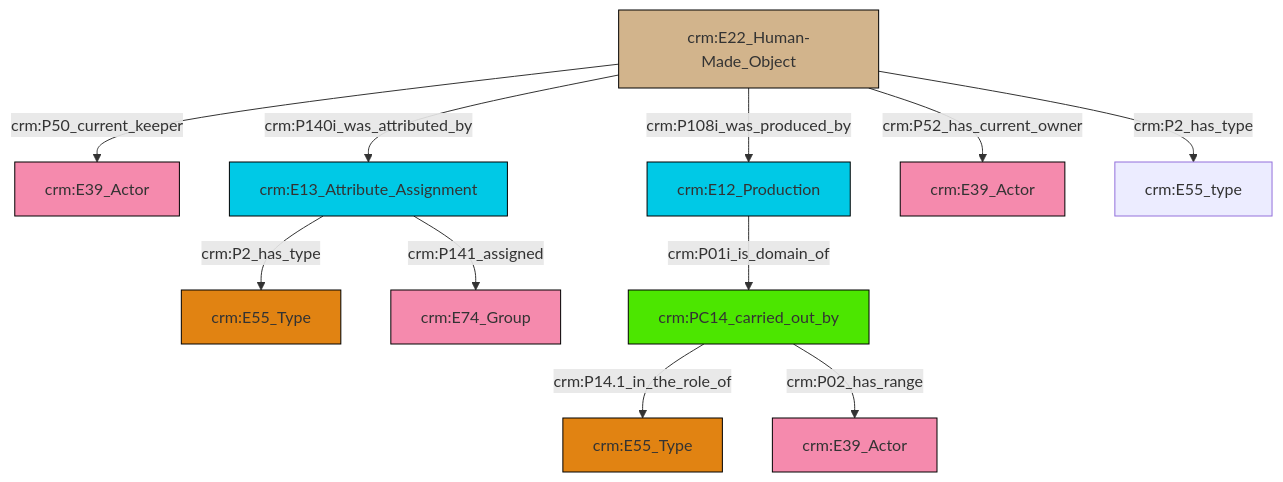
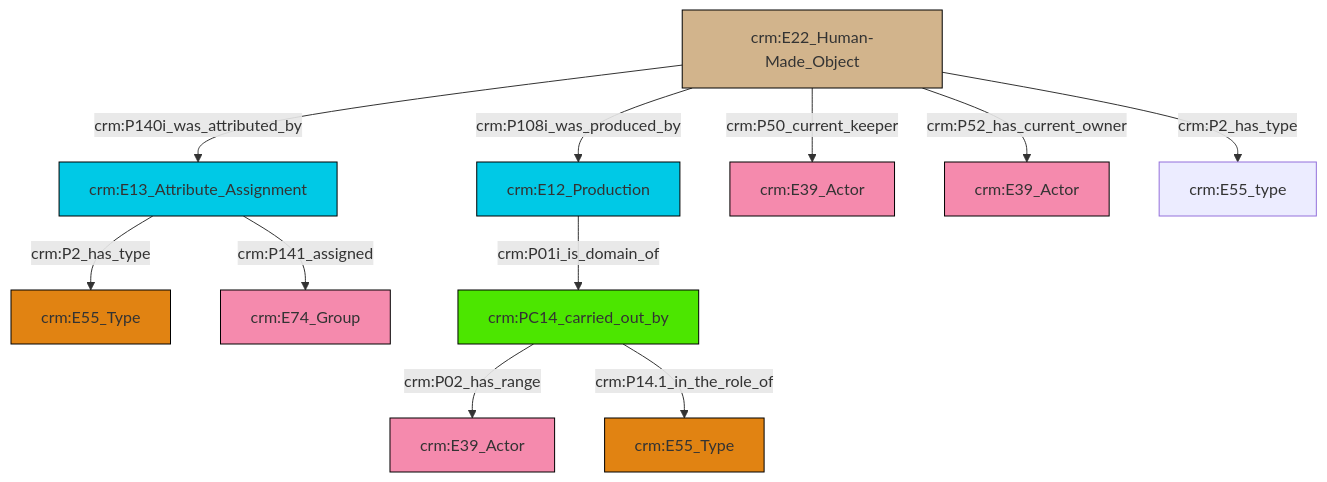
One commit to swiss-art-research-net/reference-data-models changed the diagram in et/artworkCSV/ttl/mmd/Artwork_Actor_Relations.ttl.mmd. Above: the diagram before and after it, drawn with Mermaid. The commit also changed 121 other files, not shown here.

```diff
--- a/et/artworkCSV/ttl/mmd/Artwork_Actor_Relations.ttl.mmd
+++ b/et/artworkCSV/ttl/mmd/Artwork_Actor_Relations.ttl.mmd
@@ -1,25 +1,25 @@
 graph TD
 classDef Literal fill:#f2f2f2,stroke:#000000;
 classDef CRM_Entity fill:#FFFFFF,stroke:#000000;
 classDef Temporal_Entity fill:#00C9E6, stroke:#000000;
 classDef Type fill:#E18312, stroke:#000000;
 classDef Time-Span fill:#2C9C91, stroke:#000000;
 classDef Appellation fill:#FFEB7F, stroke:#000000;
 classDef Place fill:#008836, stroke:#000000;
 classDef Persistent_Item fill:#B266B2, stroke:#000000;
 classDef Conceptual_Object fill:#FFD700, stroke:#000000;
 classDef Physical_Thing fill:#D2B48C, stroke:#000000;
 classDef Actor fill:#f58aad, stroke:#000000;
 classDef PC_Classes fill:#4ce600, stroke:#000000;
 classDef Multi fill:#cccccc,stroke:#000000;
 
-4["crm:E22_Human-Made_Object"]:::Physical_Thing -->|crm:P50_current_keeper| 0["crm:E39_Actor"]:::Actor
-2["crm:E13_Attribute_Assignment"]:::Temporal_Entity -->|crm:P2_has_type| 5["crm:E55_Type"]:::Type
-4["crm:E22_Human-Made_Object"]:::Physical_Thing -->|crm:P108i_was_produced_by| 7["crm:E12_Production"]:::Temporal_Entity
-13["crm:PC14_carried_out_by"]:::PC_Classes -->|crm:P14.1_in_the_role_of| 14["crm:E55_Type"]:::Type
-4["crm:E22_Human-Made_Object"]:::Physical_Thing -->|crm:P2_has_type| 18["crm:E55_type"]:::Default
-7["crm:E12_Production"]:::Temporal_Entity -->|crm:P01i_is_domain_of| 13["crm:PC14_carried_out_by"]:::PC_Classes
-13["crm:PC14_carried_out_by"]:::PC_Classes -->|crm:P02_has_range| 15["crm:E39_Actor"]:::Actor
-2["crm:E13_Attribute_Assignment"]:::Temporal_Entity -->|crm:P141_assigned| 10["crm:E74_Group"]:::Actor
-4["crm:E22_Human-Made_Object"]:::Physical_Thing -->|crm:P52_has_current_owner| 8["crm:E39_Actor"]:::Actor
-4["crm:E22_Human-Made_Object"]:::Physical_Thing -->|crm:P140i_was_attributed_by| 2["crm:E13_Attribute_Assignment"]:::Temporal_Entity
+6["crm:E22_Human-Made_Object"]:::Physical_Thing -->|crm:P140i_was_attributed_by| 7["crm:E13_Attribute_Assignment"]:::Temporal_Entity
+4["crm:PC14_carried_out_by"]:::PC_Classes -->|crm:P02_has_range| 15["crm:E39_Actor"]:::Actor
+6["crm:E22_Human-Made_Object"]:::Physical_Thing -->|crm:P108i_was_produced_by| 18["crm:E12_Production"]:::Temporal_Entity
+7["crm:E13_Attribute_Assignment"]:::Temporal_Entity -->|crm:P2_has_type| 0["crm:E55_Type"]:::Type
+6["crm:E22_Human-Made_Object"]:::Physical_Thing -->|crm:P50_current_keeper| 9["crm:E39_Actor"]:::Actor
+6["crm:E22_Human-Made_Object"]:::Physical_Thing -->|crm:P52_has_current_owner| 13["crm:E39_Actor"]:::Actor
+6["crm:E22_Human-Made_Object"]:::Physical_Thing -->|crm:P2_has_type| 20["crm:E55_type"]:::Default
+18["crm:E12_Production"]:::Temporal_Entity -->|crm:P01i_is_domain_of| 4["crm:PC14_carried_out_by"]:::PC_Classes
+7["crm:E13_Attribute_Assignment"]:::Temporal_Entity -->|crm:P141_assigned| 11["crm:E74_Group"]:::Actor
+4["crm:PC14_carried_out_by"]:::PC_Classes -->|crm:P14.1_in_the_role_of| 2["crm:E55_Type"]:::Type
```
